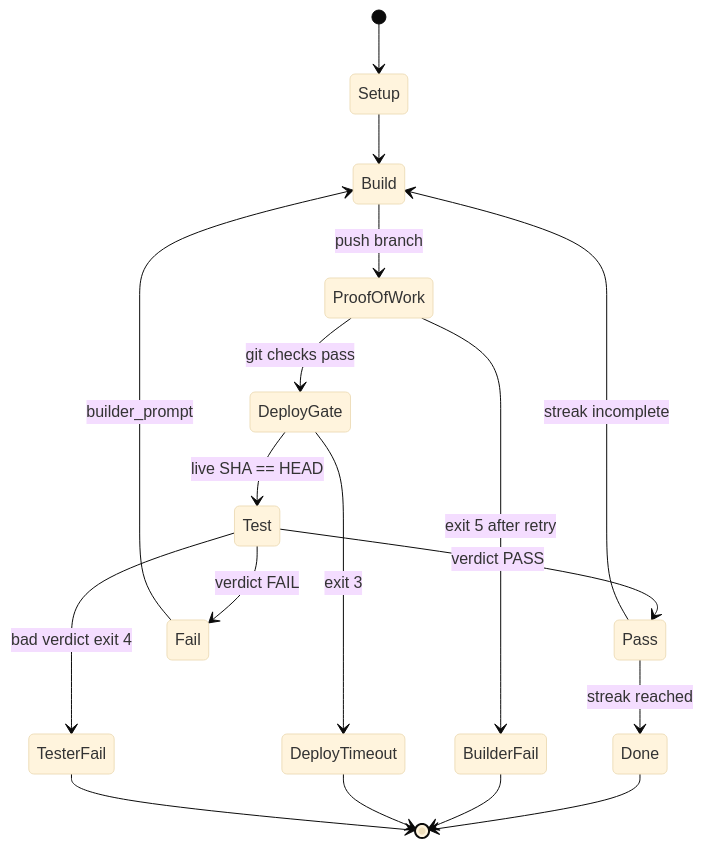
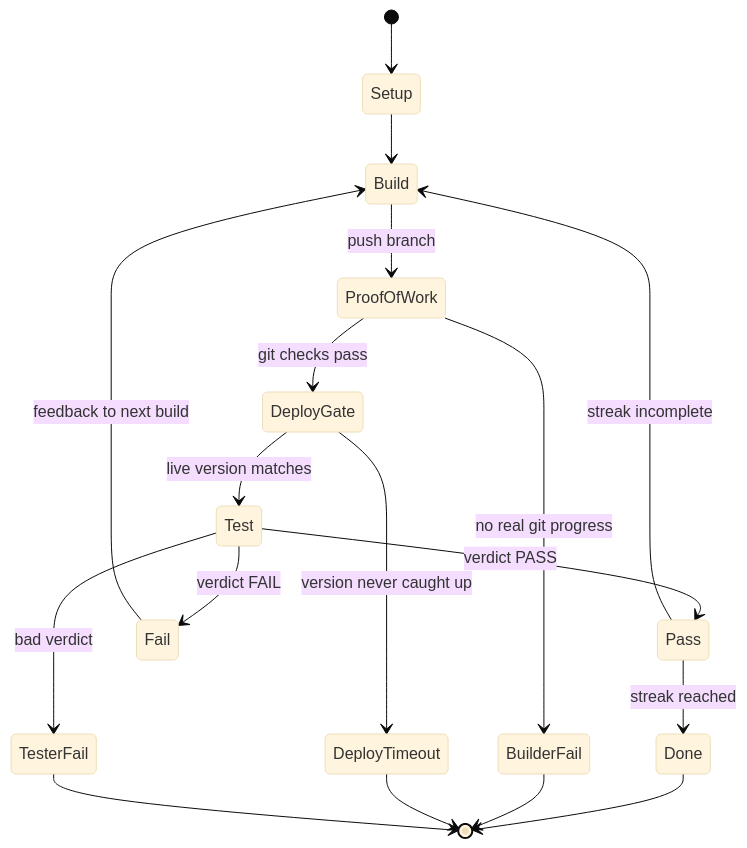
The fourth of 6 diagrams in apps/web/public/content/vibe-coding/ratchet-guide/diagrams.md (southu/vygo), drawn with Mermaid (base theme) before and after one commit. The commit also changed other lines of this file and 42 other files, not shown here.

````diff
--- a/apps/web/public/content/vibe-coding/ratchet-guide/diagrams.md
+++ b/apps/web/public/content/vibe-coding/ratchet-guide/diagrams.md
@@ -84,20 +84,20 @@
 ```mermaid
 stateDiagram-v2
   [*] --> Setup
   Setup --> Build
   Build --> ProofOfWork: push branch
   ProofOfWork --> DeployGate: git checks pass
-  ProofOfWork --> BuilderFail: exit 5 after retry
-  DeployGate --> Test: live SHA == HEAD
-  DeployGate --> DeployTimeout: exit 3
+  ProofOfWork --> BuilderFail: no real git progress
+  DeployGate --> Test: live version matches
+  DeployGate --> DeployTimeout: version never caught up
   Test --> Pass: verdict PASS
   Test --> Fail: verdict FAIL
-  Test --> TesterFail: bad verdict exit 4
+  Test --> TesterFail: bad verdict
   Pass --> Done: streak reached
   Pass --> Build: streak incomplete
-  Fail --> Build: builder_prompt
+  Fail --> Build: feedback to next build
   Done --> [*]
   BuilderFail --> [*]
   DeployTimeout --> [*]
   TesterFail --> [*]
 ```
````
